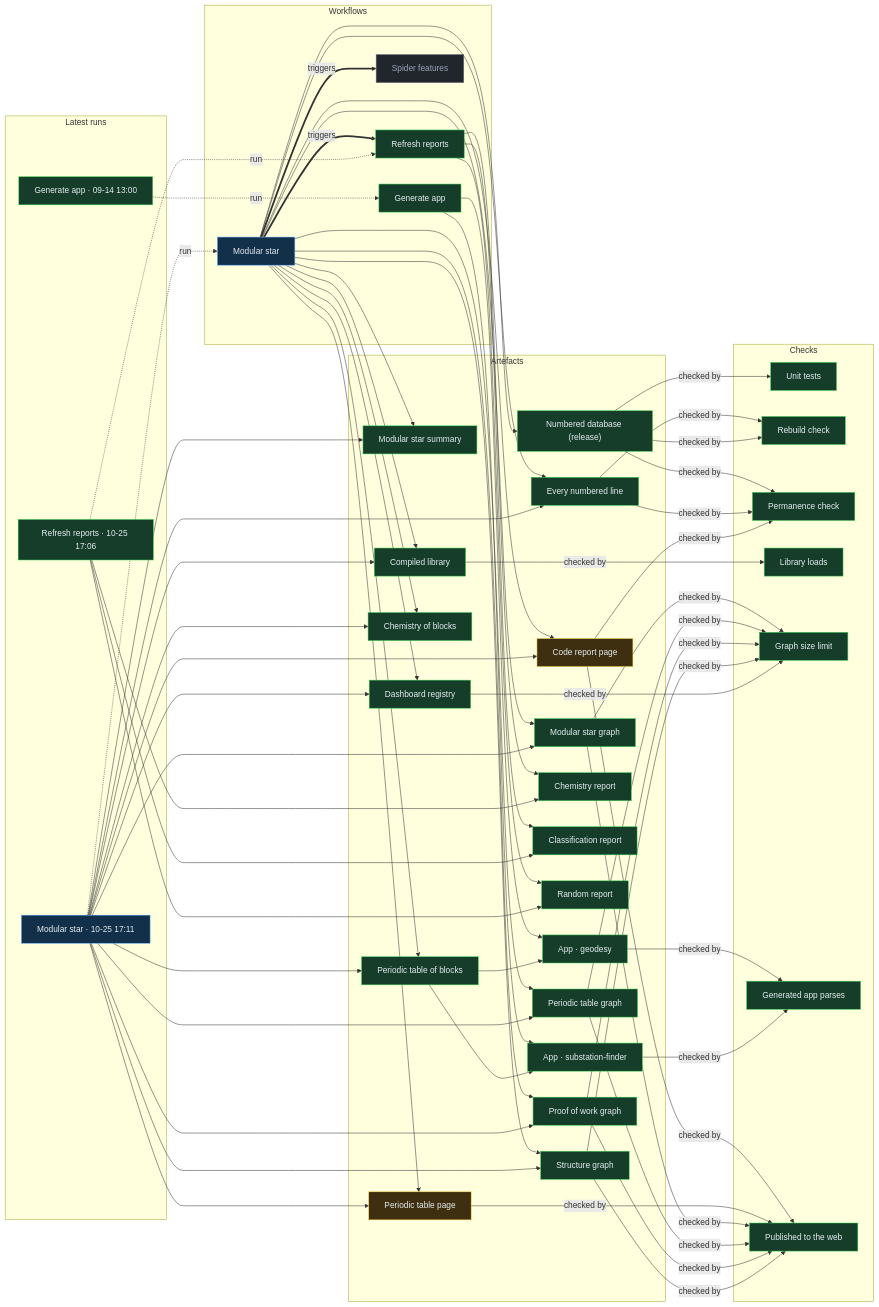
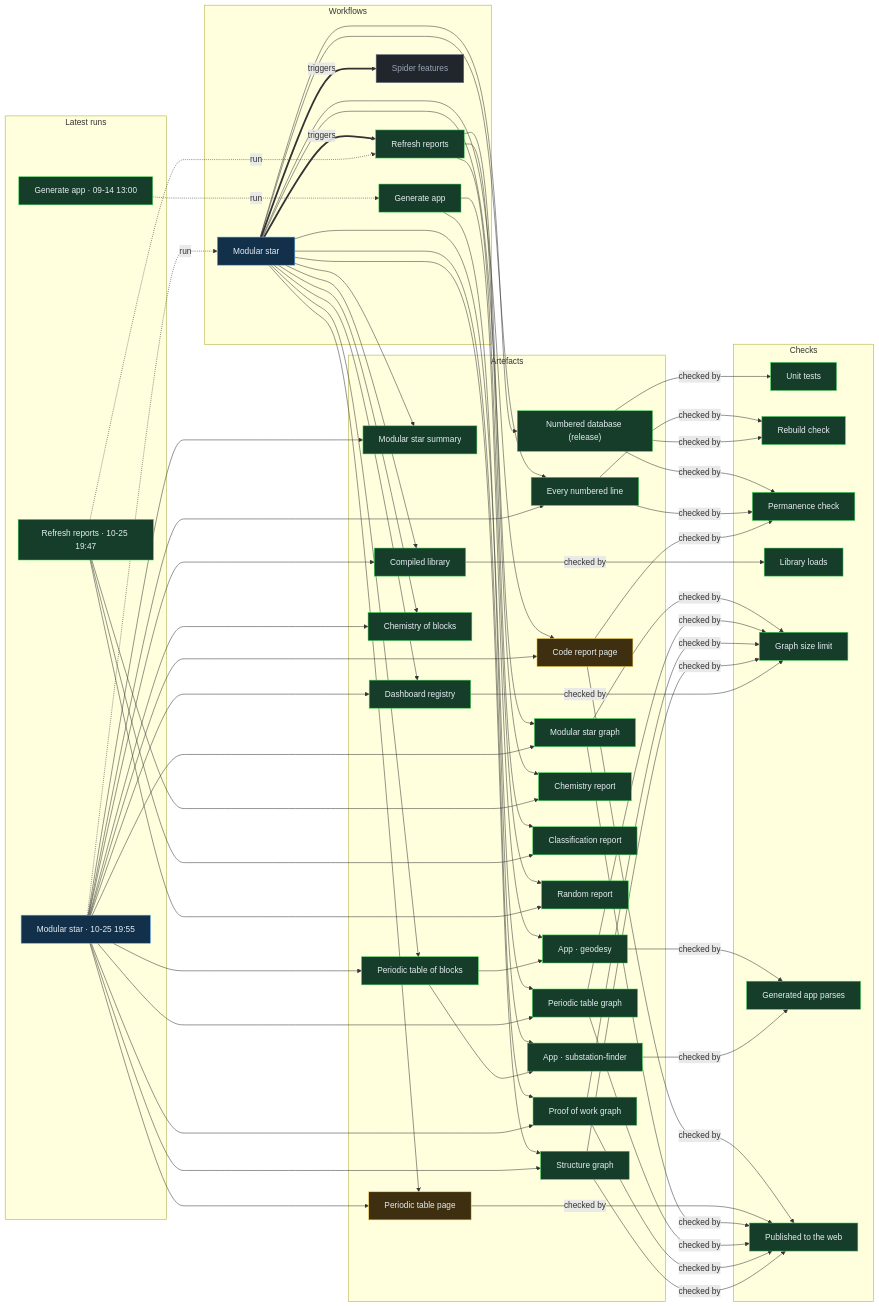
The diagram in proof/PROOF.md (Ventusltd/stars), drawn with Mermaid before and after one commit. The commit also changed other lines of this file and 33 other files, not shown here.

Commit message:
Modular star 2026-10-25T19:57Z

```diff
--- a/proof/PROOF.md
+++ b/proof/PROOF.md
@@ -24,8 +24,8 @@
   n_wf_spider_features["Spider features"]:::off
   end
   subgraph g_runs["Latest runs"]
-  n_run_40215291192["Modular star · 10-25 17:11"]:::live
-  n_run_40214862177["Refresh reports · 10-25 17:06"]:::ok
+  n_run_40228285012["Modular star · 10-25 19:55"]:::live
+  n_run_40227672694["Refresh reports · 10-25 19:47"]:::ok
   n_run_34846587798["Generate app · 09-14 13:00"]:::ok
   end
   subgraph g_artefacts["Artefacts"]
@@ -59,39 +59,39 @@
   end
   n_wf_modular_star == triggers ==> n_wf_refresh
   n_wf_modular_star == triggers ==> n_wf_spider_features
-  n_run_40215291192 -. run .-> n_wf_modular_star
-  n_run_40214862177 -. run .-> n_wf_refresh
+  n_run_40228285012 -. run .-> n_wf_modular_star
+  n_run_40227672694 -. run .-> n_wf_refresh
   n_run_34846587798 -. run .-> n_wf_generate
   n_wf_modular_star --> n_art_summary
-  n_run_40215291192 --> n_art_summary
+  n_run_40228285012 --> n_art_summary
   n_wf_modular_star --> n_art_lines
-  n_run_40215291192 --> n_art_lines
+  n_run_40228285012 --> n_art_lines
   n_wf_modular_star --> n_art_code
-  n_run_40215291192 --> n_art_code
+  n_run_40228285012 --> n_art_code
   n_wf_modular_star --> n_art_modular_graph
-  n_run_40215291192 --> n_art_modular_graph
+  n_run_40228285012 --> n_art_modular_graph
   n_wf_modular_star --> n_art_blocks
-  n_run_40215291192 --> n_art_blocks
+  n_run_40228285012 --> n_art_blocks
   n_wf_modular_star --> n_art_table
-  n_run_40215291192 --> n_art_table
+  n_run_40228285012 --> n_art_table
   n_wf_modular_star --> n_art_blocks_graph
-  n_run_40215291192 --> n_art_blocks_graph
+  n_run_40228285012 --> n_art_blocks_graph
   n_wf_modular_star --> n_art_reactions
-  n_run_40215291192 --> n_art_reactions
+  n_run_40228285012 --> n_art_reactions
   n_wf_modular_star --> n_art_library
-  n_run_40215291192 --> n_art_library
+  n_run_40228285012 --> n_art_library
   n_wf_modular_star --> n_art_features
-  n_run_40215291192 --> n_art_features
+  n_run_40228285012 --> n_art_features
   n_wf_modular_star --> n_art_proof
-  n_run_40215291192 --> n_art_proof
+  n_run_40228285012 --> n_art_proof
   n_wf_modular_star --> n_art_structure
-  n_run_40215291192 --> n_art_structure
+  n_run_40228285012 --> n_art_structure
   n_wf_refresh --> n_art_chemistry
-  n_run_40214862177 --> n_art_chemistry
+  n_run_40227672694 --> n_art_chemistry
   n_wf_refresh --> n_art_vedic
-  n_run_40214862177 --> n_art_vedic
+  n_run_40227672694 --> n_art_vedic
   n_wf_refresh --> n_art_random
-  n_run_40214862177 --> n_art_random
+  n_run_40227672694 --> n_art_random
   n_wf_modular_star --> n_art_release
   n_wf_generate --> n_app_geodesy
   n_art_blocks --> n_app_geodesy
```
